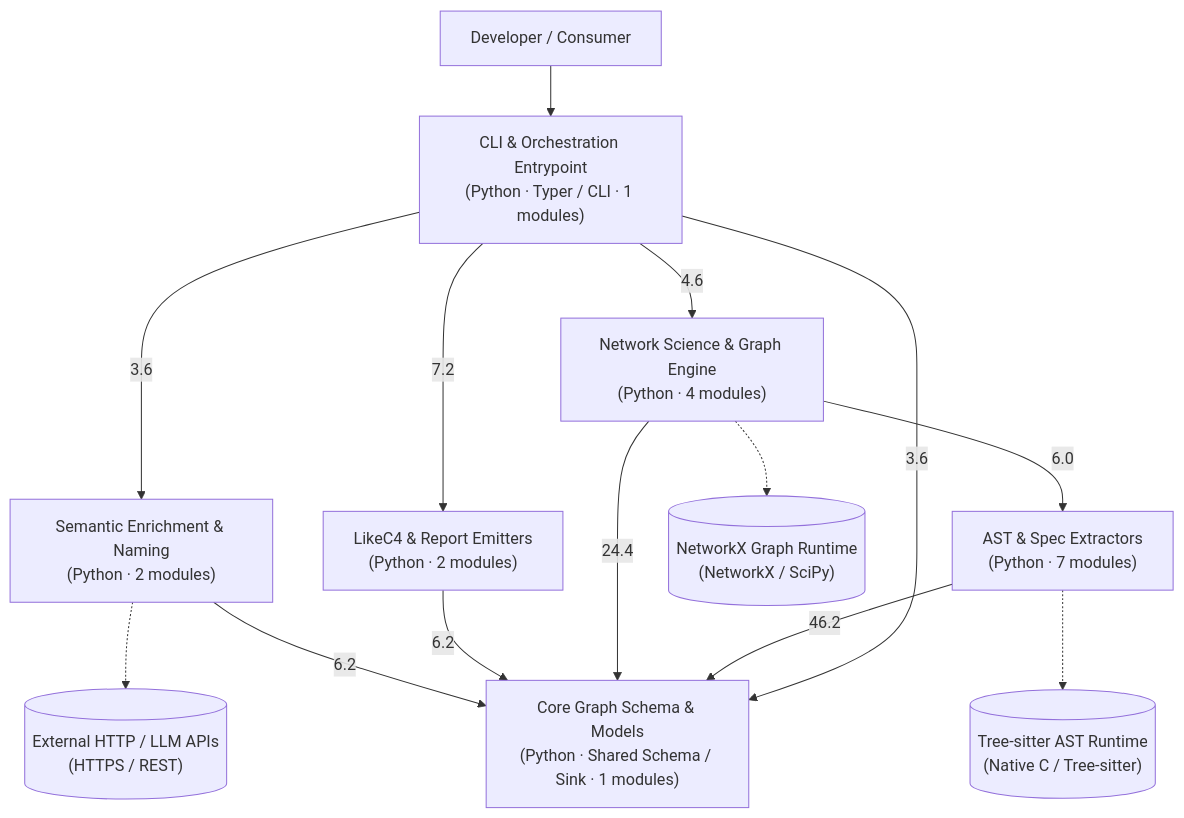
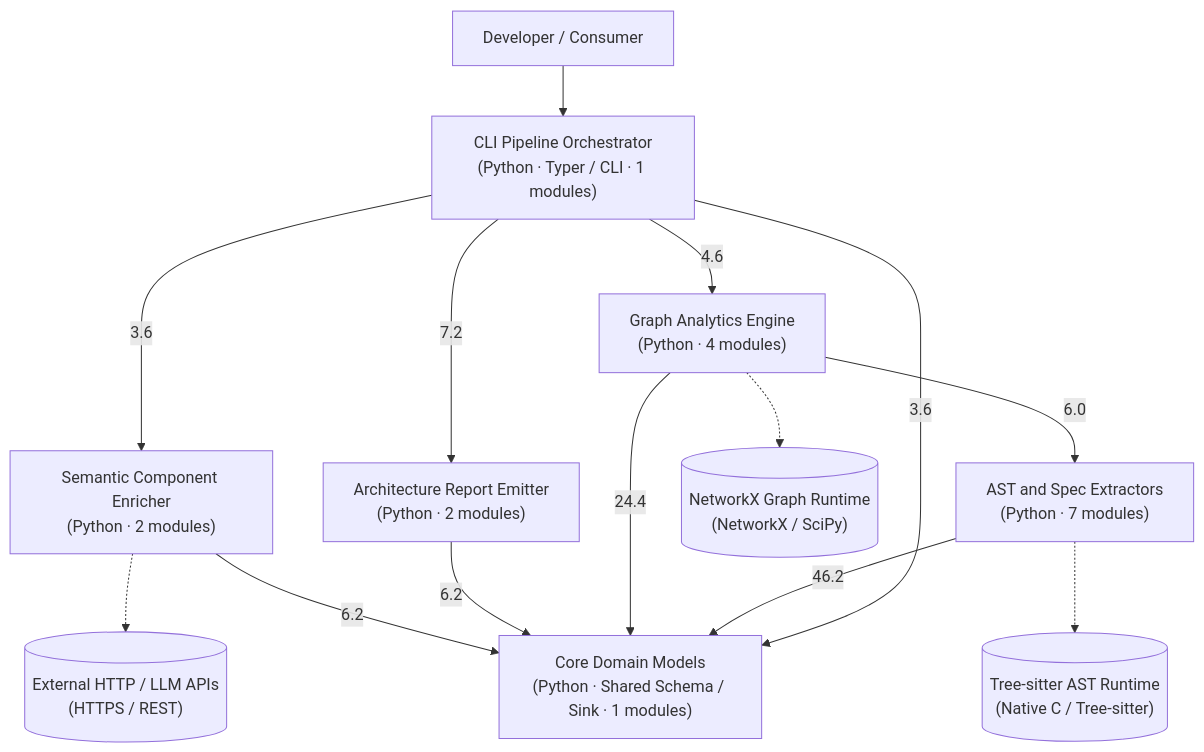
Before and after one commit to balaji/project-varuna: the diagram in docs/architecture/varuna-report.md, drawn with Mermaid. The commit also changed other lines of this file and 3 other files, not shown here.

````diff
--- a/docs/architecture/varuna-report.md
+++ b/docs/architecture/varuna-report.md
@@ -22,26 +22,26 @@
 ```mermaid
 flowchart TD
     Actor["Developer / Consumer"]
-    comp_cli["CLI & Orchestration Entrypoint<br/>(Python · Typer / CLI · 1 modules)"]
-    comp_extractors["AST & Spec Extractors<br/>(Python · 7 modules)"]
-    comp_graph["Network Science & Graph Engine<br/>(Python · 4 modules)"]
-    comp_emitters["LikeC4 & Report Emitters<br/>(Python · 2 modules)"]
-    comp_enrichment["Semantic Enrichment & Naming<br/>(Python · 2 modules)"]
-    comp_models["Core Graph Schema & Models<br/>(Python · Shared Schema / Sink · 1 modules)"]
+    comp_cli["CLI Pipeline Orchestrator<br/>(Python · Typer / CLI · 1 modules)"]
+    comp_extractors["AST and Spec Extractors<br/>(Python · 7 modules)"]
+    comp_graph["Graph Analytics Engine<br/>(Python · 4 modules)"]
+    comp_emitters["Architecture Report Emitter<br/>(Python · 2 modules)"]
+    comp_enrichment["Semantic Component Enricher<br/>(Python · 2 modules)"]
+    comp_models["Core Domain Models<br/>(Python · Shared Schema / Sink · 1 modules)"]
     ext_external_http_llm_apis[("External HTTP / LLM APIs<br/>(HTTPS / REST)")]
     ext_tree_sitter_ast_runtime[("Tree-sitter AST Runtime<br/>(Native C / Tree-sitter)")]
     ext_networkx_graph_runtime[("NetworkX Graph Runtime<br/>(NetworkX / SciPy)")]
     Actor --> comp_cli
     comp_cli -->|"7.2"| comp_emitters
     comp_cli -->|"3.6"| comp_enrichment
     comp_cli -->|"4.6"| comp_graph
     comp_cli -->|"3.6"| comp_models
     comp_extractors -->|"46.2"| comp_models
     comp_extractors -.-> ext_tree_sitter_ast_runtime
     comp_graph -->|"6.0"| comp_extractors
     comp_graph -->|"24.4"| comp_models
     comp_graph -.-> ext_networkx_graph_runtime
     comp_emitters -->|"6.2"| comp_models
     comp_enrichment -->|"6.2"| comp_models
     comp_enrichment -.-> ext_external_http_llm_apis
 ```
````
